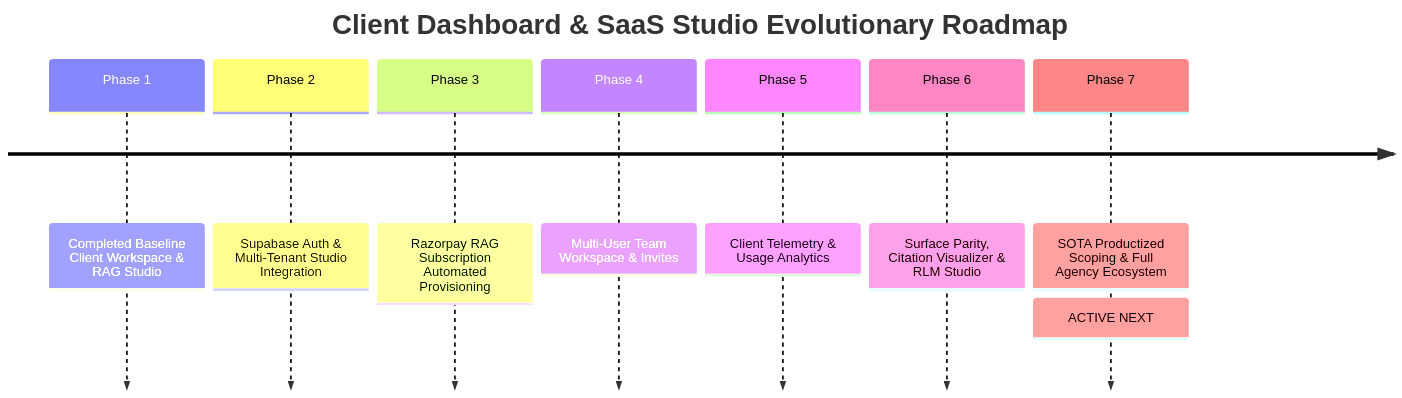
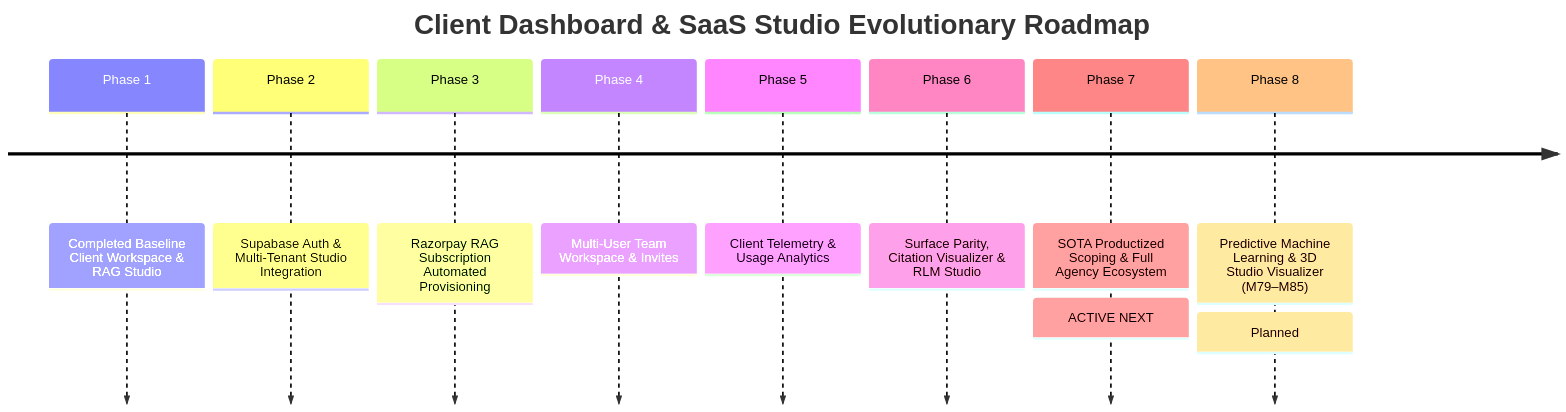
The diagram in docs/CLIENT_DASHBOARD_ROADMAP.md (prat3010/Prateek_website), drawn with Mermaid before and after one commit. The commit also changed other lines of this file and 9 other files, not shown here.

````diff
--- a/docs/CLIENT_DASHBOARD_ROADMAP.md
+++ b/docs/CLIENT_DASHBOARD_ROADMAP.md
@@ -105,11 +105,12 @@
 ```mermaid
 timeline
     title Client Dashboard & SaaS Studio Evolutionary Roadmap
     Phase 1 : Completed Baseline Client Workspace & RAG Studio
     Phase 2 : Supabase Auth & Multi-Tenant Studio Integration
     Phase 3 : Razorpay RAG Subscription Automated Provisioning
     Phase 4 : Multi-User Team Workspace & Invites
     Phase 5 : Client Telemetry & Usage Analytics
     Phase 6 : Surface Parity, Citation Visualizer & RLM Studio
     Phase 7 : SOTA Productized Scoping & Full Agency Ecosystem : ACTIVE NEXT
+    Phase 8 : Predictive Machine Learning & 3D Studio Visualizer (M79–M85) : Planned
 ```
````
